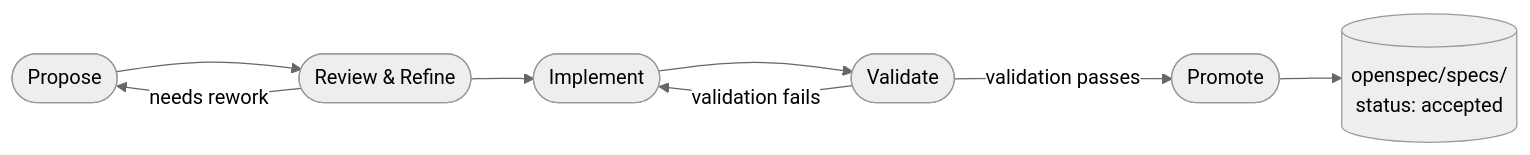
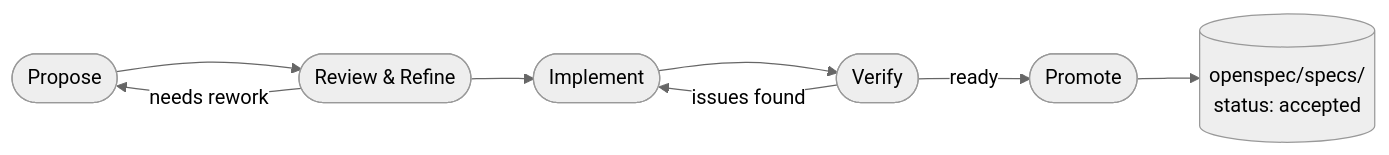
Before and after one commit to clawaimax/openspec-atm: the second of 6 diagrams in README.md, drawn with Mermaid (neutral theme). The commit also changed other lines of this file, not shown here.

````diff
--- a/README.md
+++ b/README.md
@@ -172,10 +173,10 @@
 ```mermaid
 flowchart LR
     P([Propose]) --> R([Review & Refine])
     R -->|needs rework| P
     R --> I([Implement])
-    I --> V([Validate])
-    V -->|validation fails| I
-    V -->|validation passes| PR([Promote])
+    I --> V([Verify])
+    V -->|issues found| I
+    V -->|ready| PR([Promote])
     PR --> S[(openspec/specs/\nstatus: accepted)]
 ```
````
